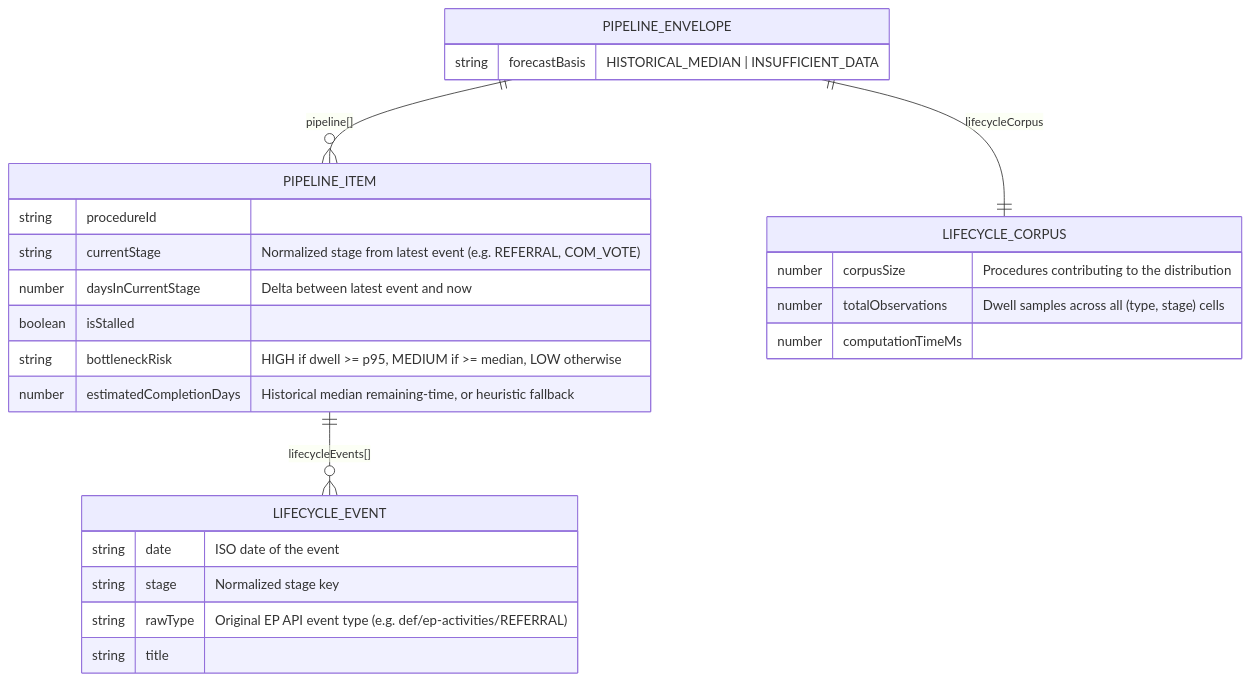
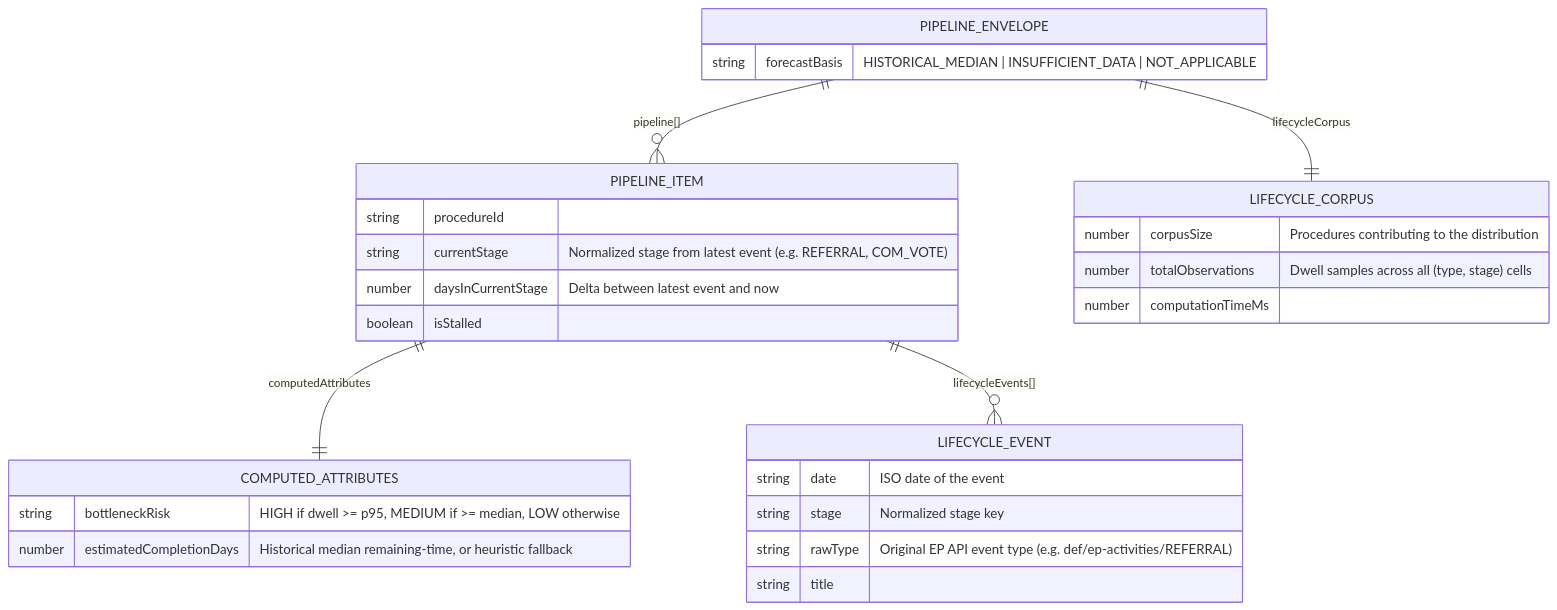
Before and after one commit to Hack23/European-Parliament-MCP-Server: the eighth of 8 diagrams in DATA_MODEL.md, drawn with Mermaid. The commit also changed other lines of this file and 3 other files, not shown here.

First line of the commit message:
Address PR review feedback: fix daysBetween UTC/floor, NOT_APPLICABLE basis, expand terminal status detection, fix docs

````diff
--- a/DATA_MODEL.md
+++ b/DATA_MODEL.md
@@ -431,32 +431,36 @@
 ```mermaid
 erDiagram
     PIPELINE_ITEM {
         string procedureId
         string currentStage "Normalized stage from latest event (e.g. REFERRAL, COM_VOTE)"
         number daysInCurrentStage "Delta between latest event and now"
         boolean isStalled
+    }
+
+    COMPUTED_ATTRIBUTES {
         string bottleneckRisk "HIGH if dwell >= p95, MEDIUM if >= median, LOW otherwise"
         number estimatedCompletionDays "Historical median remaining-time, or heuristic fallback"
     }
 
     LIFECYCLE_EVENT {
         string date "ISO date of the event"
         string stage "Normalized stage key"
         string rawType "Original EP API event type (e.g. def/ep-activities/REFERRAL)"
         string title
     }
 
     LIFECYCLE_CORPUS {
         number corpusSize "Procedures contributing to the distribution"
         number totalObservations "Dwell samples across all (type, stage) cells"
         number computationTimeMs
     }
 
     PIPELINE_ENVELOPE {
-        string forecastBasis "HISTORICAL_MEDIAN | INSUFFICIENT_DATA"
+        string forecastBasis "HISTORICAL_MEDIAN | INSUFFICIENT_DATA | NOT_APPLICABLE"
     }
 
     PIPELINE_ENVELOPE ||--o{ PIPELINE_ITEM : "pipeline[]"
+    PIPELINE_ITEM ||--|| COMPUTED_ATTRIBUTES : "computedAttributes"
     PIPELINE_ITEM ||--o{ LIFECYCLE_EVENT : "lifecycleEvents[]"
     PIPELINE_ENVELOPE ||--|| LIFECYCLE_CORPUS : "lifecycleCorpus"
 ```
````
